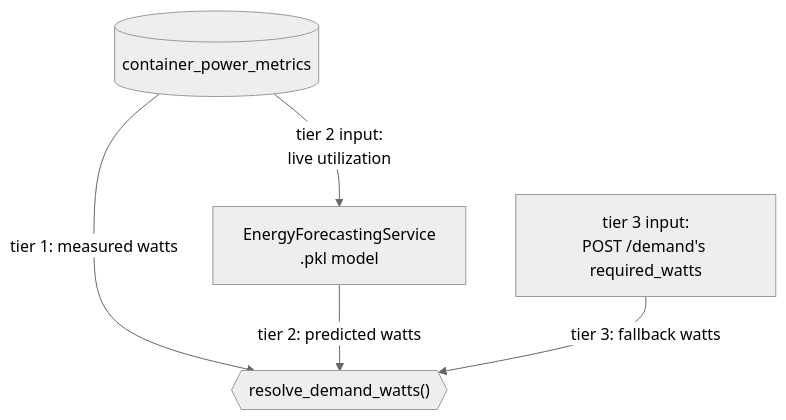
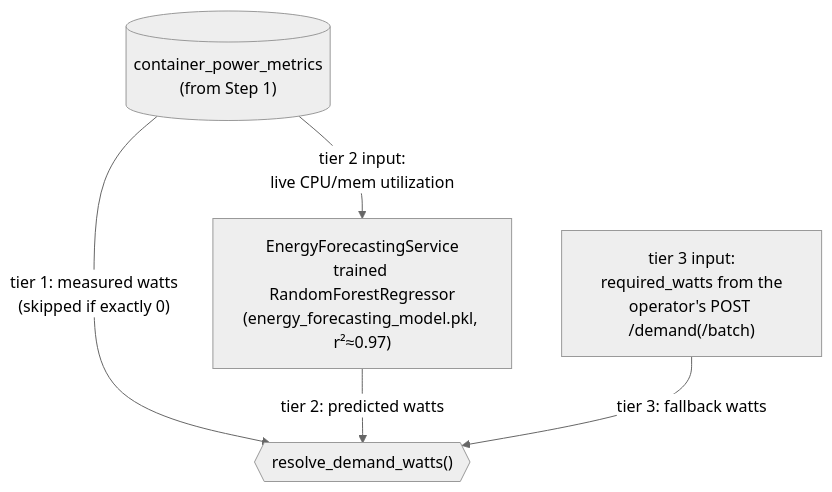
One commit to HIRO-MicroDataCenters-BV/energy-aware-orchestrator changed the third of 5 diagrams in README.md. Above: the diagram before and after it, drawn with Mermaid (neutral theme). The commit also changed other lines of this file and 5 other files, not shown here.

````diff
--- a/README.md
+++ b/README.md
@@ -67,7 +77,7 @@
 ```mermaid
 flowchart TD
-    ContainerMetrics[("container_power_metrics")] -->|tier 1: measured watts| Resolve{{"resolve_demand_watts()"}}
-    ContainerMetrics -->|tier 2 input:<br/>live utilization| EFS["EnergyForecastingService<br/>.pkl model"]
+    ContainerMetrics[("container_power_metrics<br/>(from Step 1)")] -->|"tier 1: measured watts<br/>(skipped if exactly 0)"| Resolve{{"resolve_demand_watts()"}}
+    ContainerMetrics -->|tier 2 input:<br/>live CPU/mem utilization| EFS["EnergyForecastingService<br/>trained RandomForestRegressor<br/>(energy_forecasting_model.pkl, r²≈0.97)"]
     EFS -->|tier 2: predicted watts| Resolve
-    DemandReport["tier 3 input:<br/>POST /demand's required_watts"] -->|tier 3: fallback watts| Resolve
+    Fallback["tier 3 input:<br/>required_watts from the<br/>operator's POST /demand(/batch)"] -->|tier 3: fallback watts| Resolve
 ```
````
